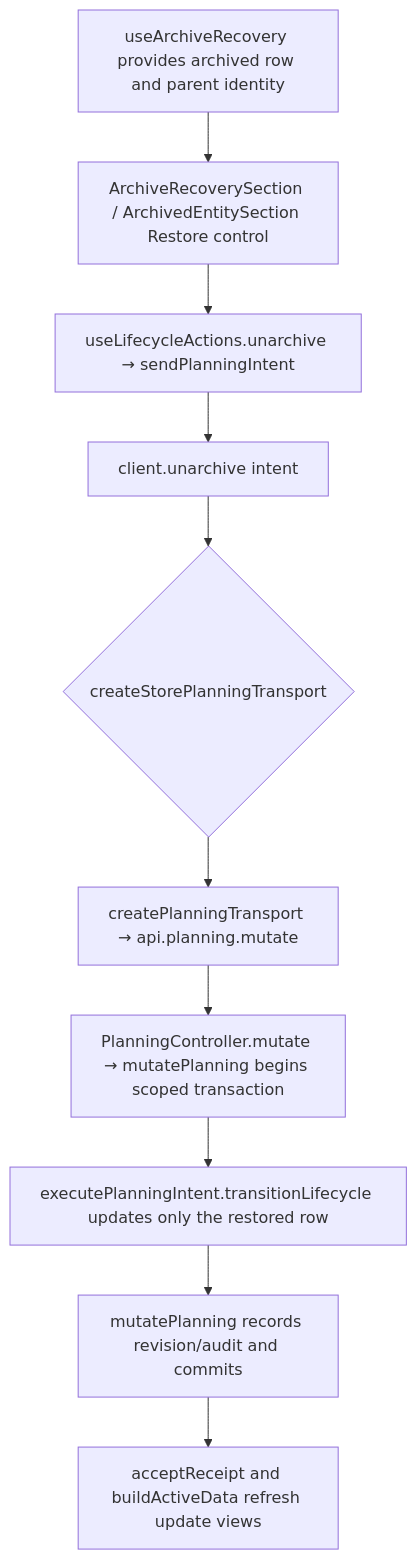
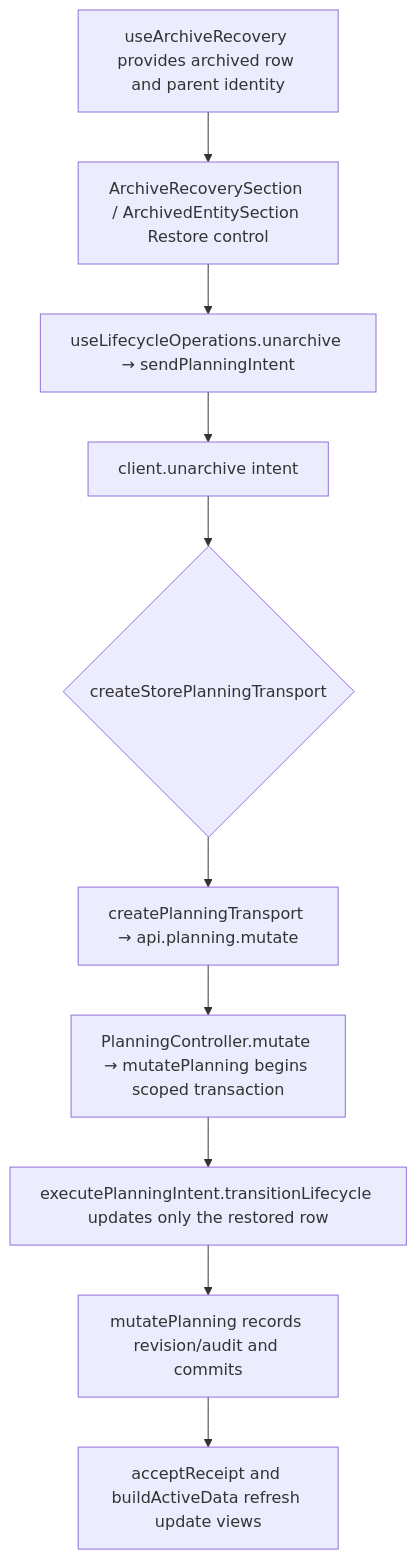
The second of 2 diagrams in user-stories/clients/US-CLI-06-restore-client.md (Kevinjohn/capacitylens), drawn with Mermaid before and after one commit. The commit also changed other lines of this file and 50 other files, not shown here.

````diff
--- a/user-stories/clients/US-CLI-06-restore-client.md
+++ b/user-stories/clients/US-CLI-06-restore-client.md
@@ -26,8 +26,8 @@
 ```mermaid
 flowchart TD
   A["useArchiveRecovery provides archived row and parent identity"] --> B["ArchiveRecoverySection / ArchivedEntitySection Restore control"]
-  B --> C["useLifecycleActions.unarchive → sendPlanningIntent"] --> D["client.unarchive intent"]
+  B --> C["useLifecycleOperations.unarchive → sendPlanningIntent"] --> D["client.unarchive intent"]
   D --> E{"createStorePlanningTransport"}
   E --> F["createPlanningTransport → api.planning.mutate"] --> G["PlanningController.mutate → mutatePlanning begins scoped transaction"]
   G --> H["executePlanningIntent.transitionLifecycle updates only the restored row"] --> K["mutatePlanning records revision/audit and commits"] --> J["acceptReceipt and buildActiveData refresh update views"]
 ```
````
